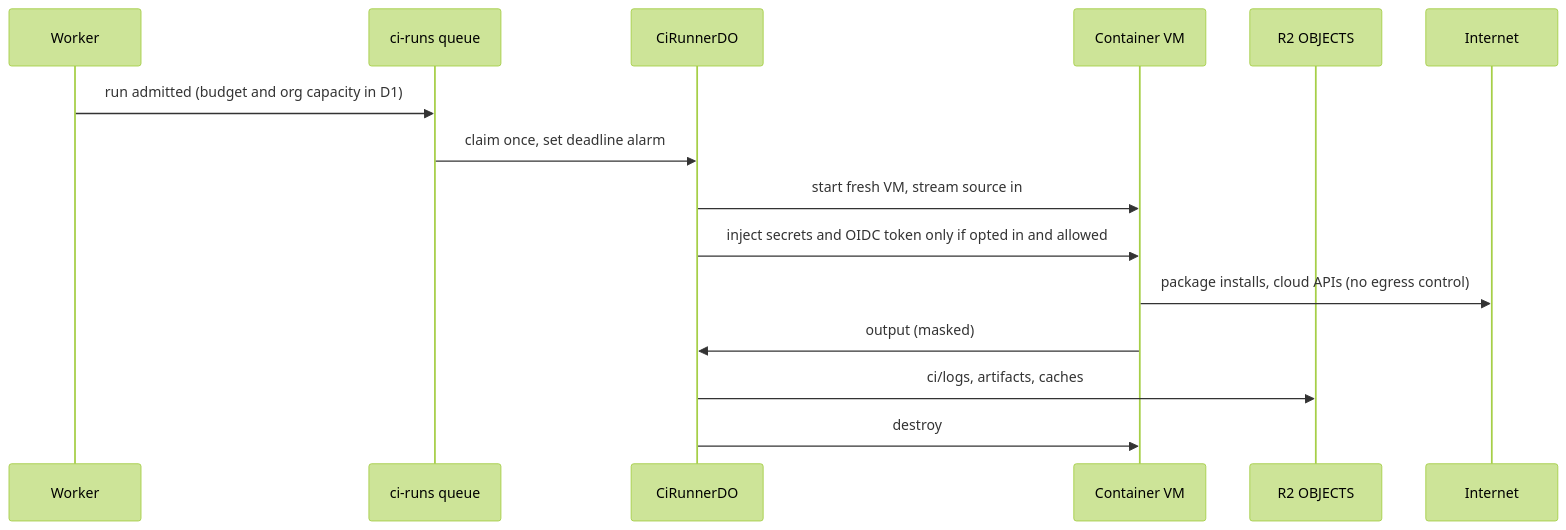
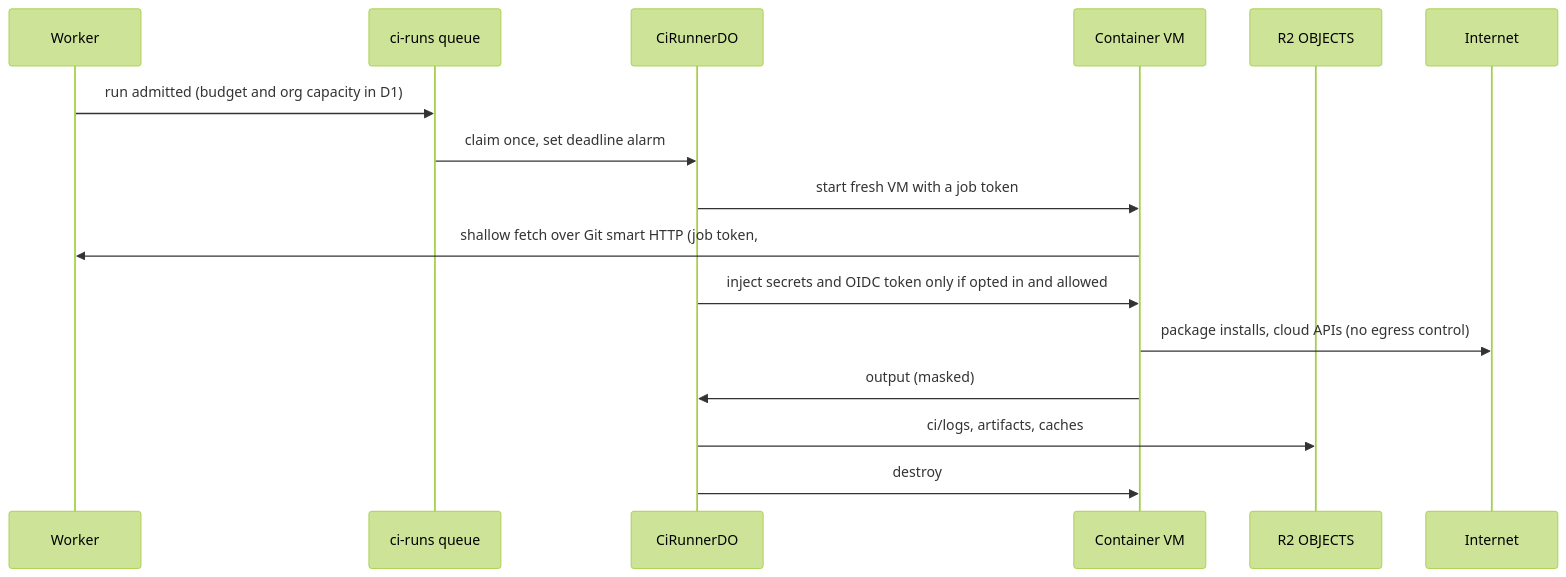
The third of 4 diagrams in docs/compliance/irap/data-flows.md (yumaitau/yuma-agent-git), drawn with Mermaid (forest theme) before and after one commit. The commit also changed other lines of this file and 4 other files, not shown here.

First line of the commit message:
docs: note SSH gateway, shards and CI Git fetch in residency and compliance drafts

````diff
--- a/docs/compliance/irap/data-flows.md
+++ b/docs/compliance/irap/data-flows.md
@@ -60,17 +66,18 @@
 ```mermaid
 sequenceDiagram
   participant W as Worker
   participant Q as ci-runs queue
   participant DO as CiRunnerDO
   participant VM as Container VM
   participant R2 as R2 OBJECTS
   participant Net as Internet
   W->>Q: run admitted (budget and org capacity in D1)
   Q->>DO: claim once, set deadline alarm
-  DO->>VM: start fresh VM, stream source in
+  DO->>VM: start fresh VM with a job token
+  VM->>W: shallow fetch over Git smart HTTP (job token, #78)
   DO->>VM: inject secrets and OIDC token only if opted in and allowed
   VM->>Net: package installs, cloud APIs (no egress control)
   VM->>DO: output (masked)
   DO->>R2: ci/logs, artifacts, caches
   DO->>VM: destroy
 ```
````
